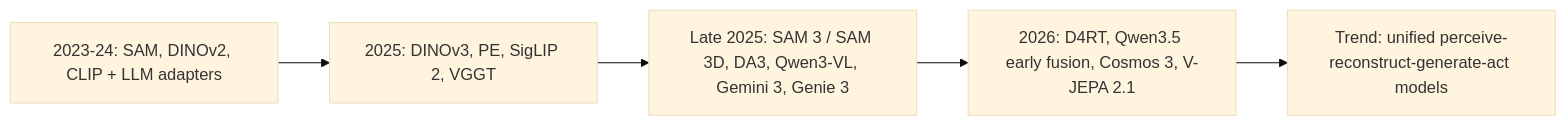
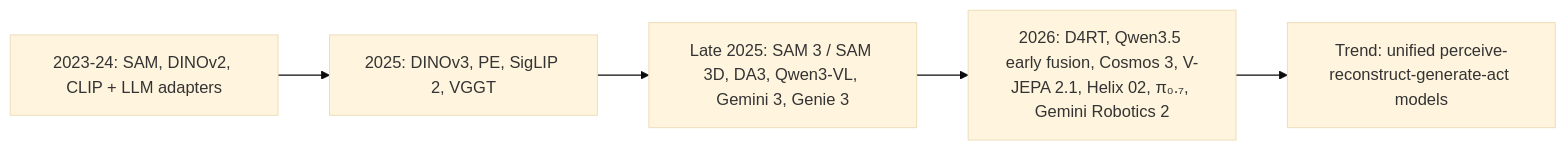
One commit to FrankHuang94/CV_learning_db_claude changed the diagram in cv-knowledge-base/12_research_frontier_2024_2026/00_overview_latest.md. Above: the diagram before and after it, drawn with Mermaid (base theme). The commit also changed other lines of this file and 11 other files, not shown here.

First line of the commit message:
Robotics: add Gemini Robotics 2 family, π0.7 and Figure Helix 02 (EN + ZH)

````diff
--- a/cv-knowledge-base/12_research_frontier_2024_2026/00_overview_latest.md
+++ b/cv-knowledge-base/12_research_frontier_2024_2026/00_overview_latest.md
@@ -58,7 +65,7 @@
 ```mermaid
 graph LR
     A["2023-24: SAM, DINOv2, CLIP + LLM adapters"] --> B["2025: DINOv3, PE, SigLIP 2, VGGT"]
     B --> C["Late 2025: SAM 3 / SAM 3D, DA3, Qwen3-VL, Gemini 3, Genie 3"]
-    C --> D["2026: D4RT, Qwen3.5 early fusion, Cosmos 3, V-JEPA 2.1"]
+    C --> D["2026: D4RT, Qwen3.5 early fusion, Cosmos 3, V-JEPA 2.1, Helix 02, π₀.₇, Gemini Robotics 2"]
     D --> E["Trend: unified perceive-reconstruct-generate-act models"]
 ```
````
